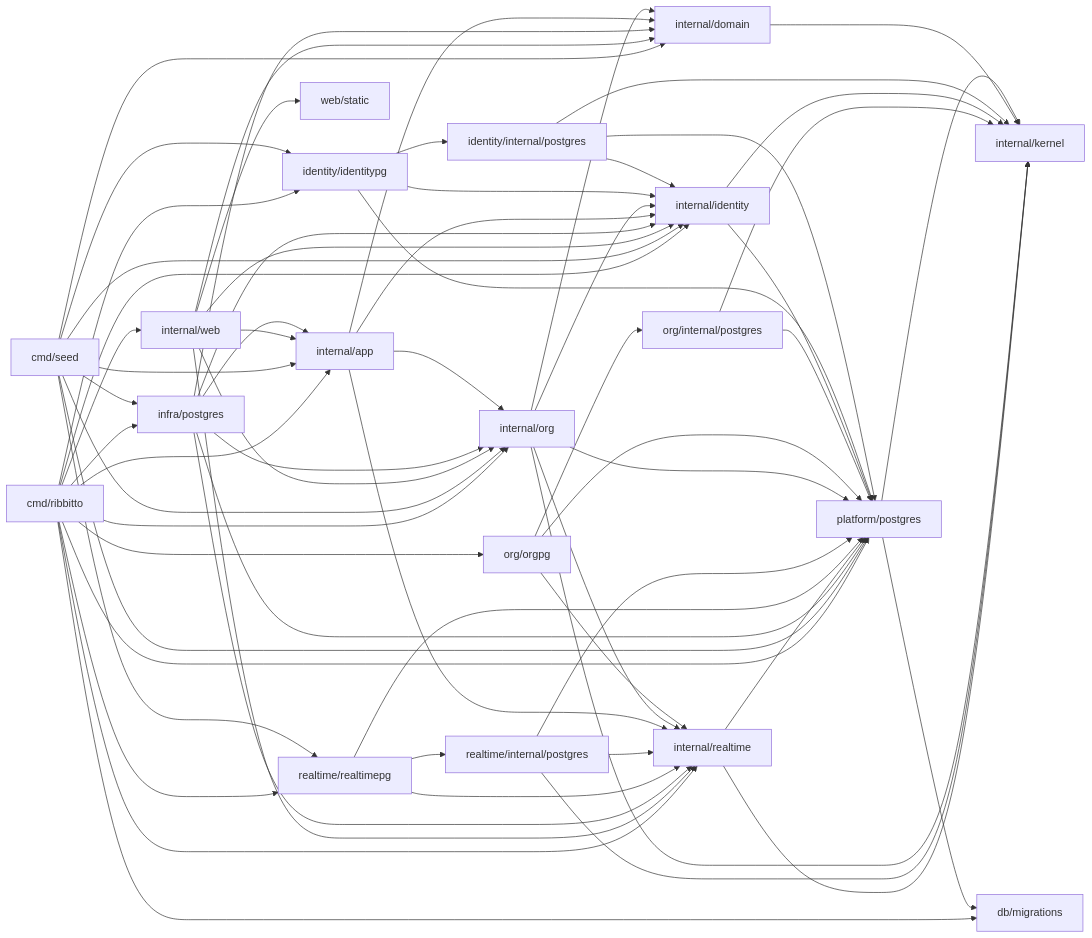
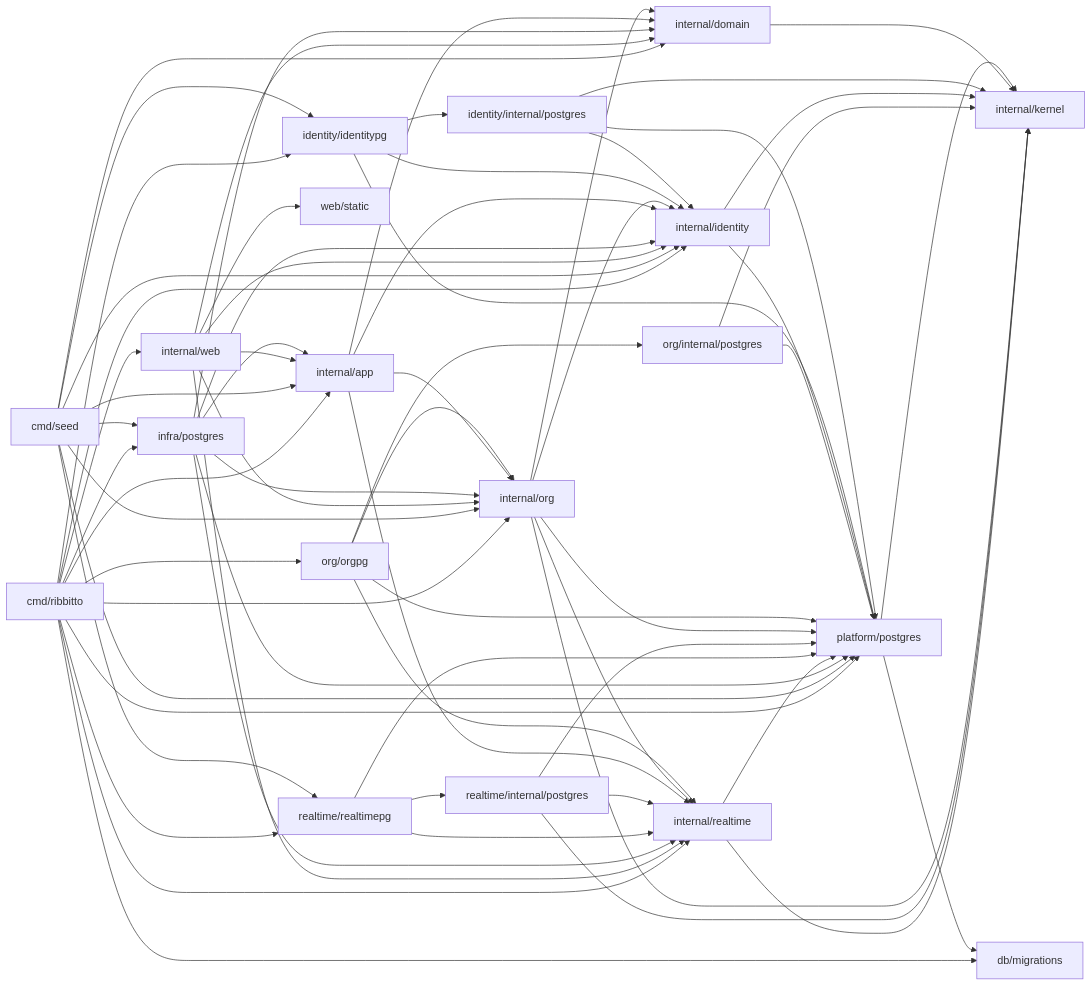
One commit to tkakkie/ribbitto changed the diagram in docs/architecture/packages.md. Above: the diagram before and after it, drawn with Mermaid. The commit also changed other lines of this file and 18 other files, not shown here.

First line of the commit message:
refactor(org): register member.joined from orgpg

````diff
--- a/docs/architecture/packages.md
+++ b/docs/architecture/packages.md
@@ -66,19 +66,19 @@
 ```mermaid
 flowchart LR
   cmd[cmd/ribbitto] --> web & app & org & orgpg[org/orgpg] & identity & identitypg[identity/identitypg] & realtimepg & postgres[infra/postgres] & realtime & platform[platform/postgres] & migrations[db/migrations]
   seed[cmd/seed] --> app & org & identity & identitypg & realtimepg & postgres & platform & domain
   web[internal/web] --> app & org & identity & domain & realtime & static[web/static]
   postgres --> app & org & identity & domain & platform & realtime
   realtime[internal/realtime] --> kernel & platform
   realtimepg[realtime/realtimepg] --> realtime & rstore[realtime/internal/postgres] & platform
   rstore --> realtime & platform & kernel
   app[internal/app] --> org & identity & realtime & domain[internal/domain]
   org[internal/org] --> identity & realtime & domain & kernel & platform
-  orgpg --> ostore[org/internal/postgres] & platform & realtime
+  orgpg --> org & ostore[org/internal/postgres] & platform & realtime
   ostore --> platform & kernel
   identity[internal/identity] --> kernel & platform
   identitypg --> identity & store[identity/internal/postgres] & platform
   store --> identity & platform & kernel
   domain --> kernel[internal/kernel]
   platform --> kernel & migrations
 ```
````
